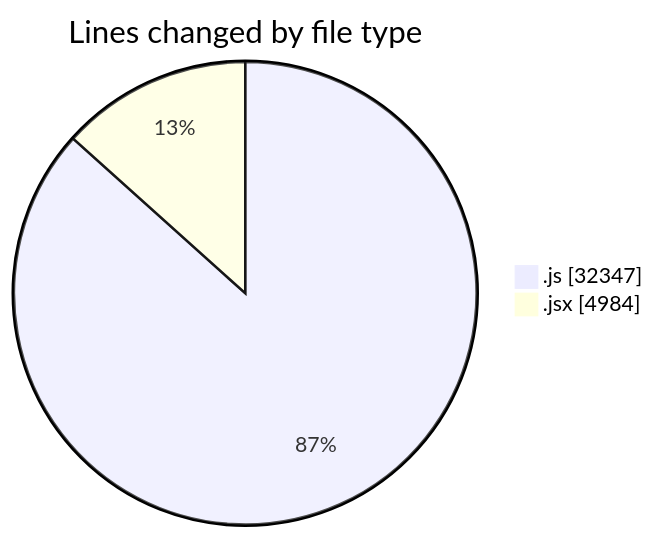
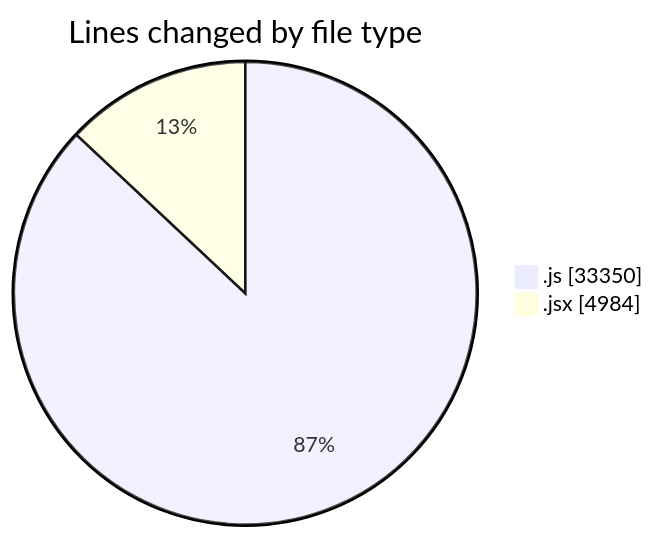
The first of 2 diagrams in 2025-09-30/nxtqube_webapp/README.md (nxtqubesakshisongat/code-tracking), drawn with Mermaid before and after one commit. The commit also changed other lines of this file and 1 other file, not shown here.

````diff
--- a/2025-09-30/nxtqube_webapp/README.md
+++ b/2025-09-30/nxtqube_webapp/README.md
@@ -25,6 +25,6 @@
 ```mermaid
 pie showData
 title Lines changed by file type
-".js" : 32347
+".js" : 33350
 ".jsx" : 4984
 ```
````
